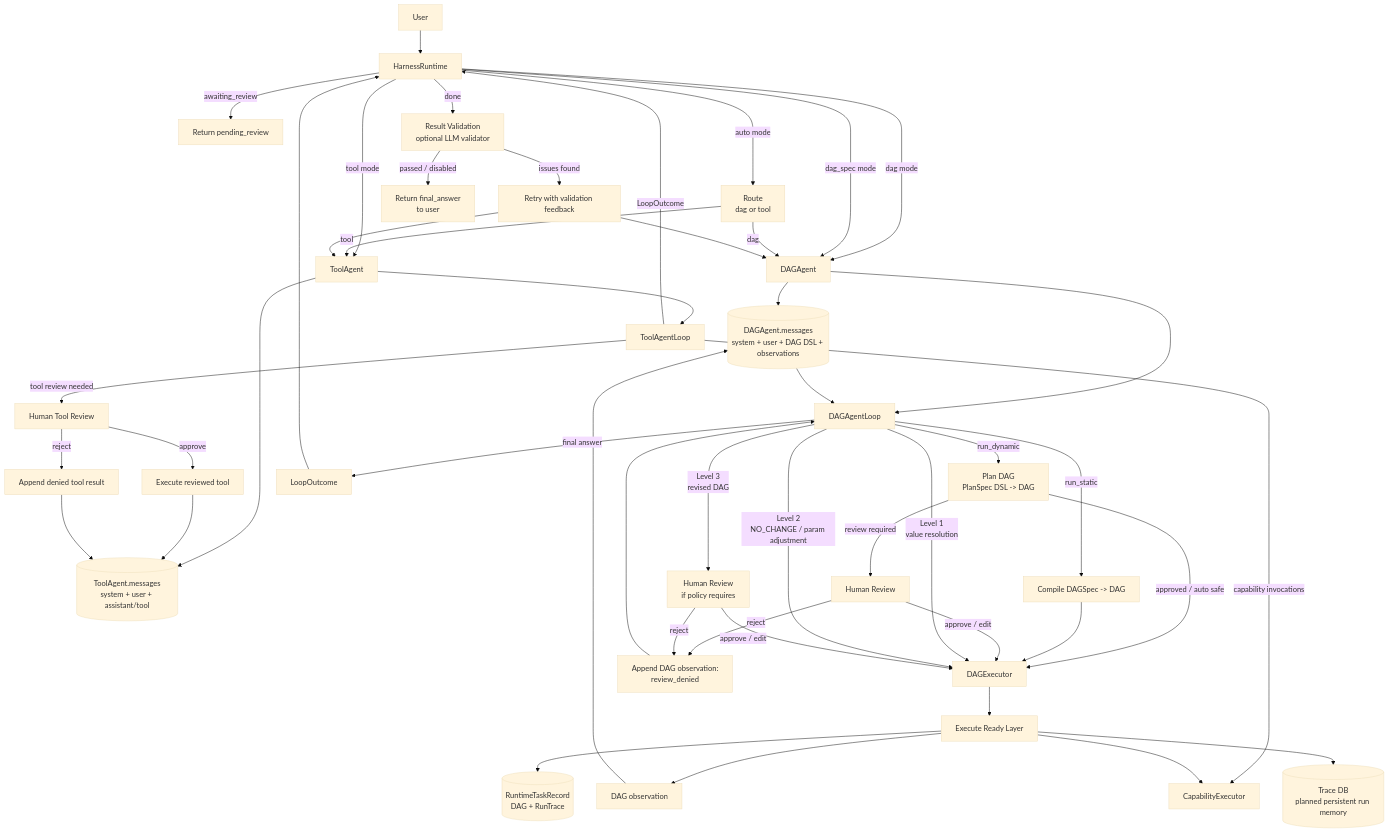
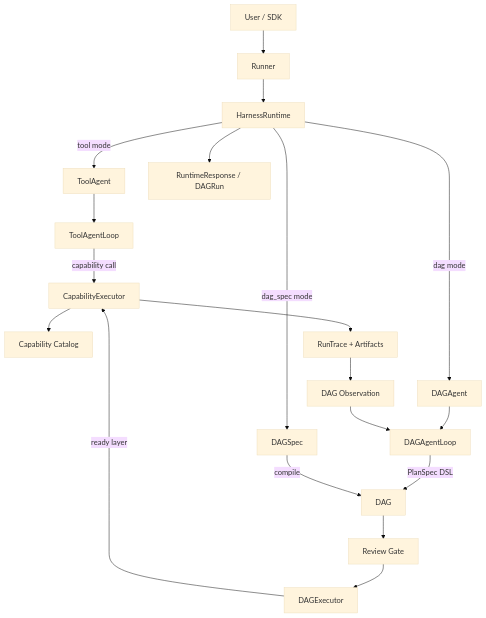
Before and after one commit to RobotSe7en/dagent: the diagram in README.md, drawn with Mermaid (base theme). The commit also changed other lines of this file and 1 other file, not shown here.

Commit message:
Restructure README and Python SDK docs

````diff
--- a/README.md
+++ b/README.md
@@ -65,55 +241,23 @@
 ```mermaid
 flowchart TD
-  U["User"] --> R["HarnessRuntime"]
-  R -->|"auto mode"| ROUTE["Route\ndag or tool"]
-  R -->|"tool mode"| TA["ToolAgent"]
-  R -->|"dag mode"| DA["DAGAgent"]
-  R -->|"dag_spec mode"| DA
+  U["User / SDK"] --> RUN["Runner"]
+  RUN --> HR["HarnessRuntime"]
+  HR -->|"tool mode"| TA["ToolAgent"]
+  HR -->|"dag mode"| DA["DAGAgent"]
+  HR -->|"dag_spec mode"| DS["DAGSpec"]
 
-  ROUTE -->|"tool"| TA
-  ROUTE -->|"dag"| DA
+  TA --> TAL["ToolAgentLoop"]
+  TAL -->|"capability call"| CE["CapabilityExecutor"]
 
-  TA --> TM[("ToolAgent.messages\nsystem + user + assistant/tool")]
-  TA --> TAL["ToolAgentLoop"]
-  TAL -->|"capability invocations"| T["CapabilityExecutor"]
-  TAL -->|"tool review needed"| TRV["Human Tool Review"]
-  TRV -->|"approve"| TEX["Execute reviewed tool"]
-  TRV -->|"reject"| TDENY["Append denied tool result"]
-  TEX --> TM
-  TDENY --> TM
-  TAL -->|"LoopOutcome"| R
-
-  DA --> DM[("DAGAgent.messages\nsystem + user + DAG DSL + observations")]
   DA --> DAL["DAGAgentLoop"]
-  DAL -->|"run_dynamic"| D["Plan DAG\nPlanSpec DSL -> DAG"]
-  DAL -->|"run_static"| SD["Compile DAGSpec -> DAG"]
-
-  D -->|"review required"| UI["Human Review"]
-  D -->|"approved / auto safe"| E["DAGExecutor"]
-  SD --> E
-  UI -->|"approve / edit"| E
-  UI -->|"reject"| DENY["Append DAG observation:\nreview_denied"]
-  DENY --> DAL
-
-  E --> N["Execute Ready Layer"]
-  N --> T
-  N --> ER[("RuntimeTaskRecord\nDAG + RunTrace")]
-  N --> TR[("Trace DB\nplanned persistent run memory")]
-  N --> OBS["DAG observation"]
-  OBS --> DM
-  DM --> DAL
-  DAL -->|"Level 1\nvalue resolution"| E
-  DAL -->|"Level 2\nNO_CHANGE / param adjustment"| E
-  DAL -->|"Level 3\nrevised DAG"| UI2["Human Review\nif policy requires"]
-  UI2 -->|"approve / edit"| E
-  UI2 -->|"reject"| DENY
-  DAL -->|"final answer"| DR["LoopOutcome"]
-  DR --> R
-
-  R -->|"awaiting_review"| UIWAIT["Return pending_review"]
-  R -->|"done"| V["Result Validation\noptional LLM validator"]
-  V -->|"issues found"| RTRY["Retry with validation feedback"]
-  RTRY --> TA
-  RTRY --> DA
-  V -->|"passed / disabled"| O["Return final_answer\nto user"]
+  DAL -->|"PlanSpec DSL"| DAG["DAG"]
+  DS -->|"compile"| DAG
+  DAG --> RG["Review Gate"]
+  RG --> DE["DAGExecutor"]
+  DE -->|"ready layer"| CE
+  CE --> CAT["Capability Catalog"]
+  CE --> RT["RunTrace + Artifacts"]
+  RT --> OBS["DAG Observation"]
+  OBS --> DAL
+  HR --> RR["RuntimeResponse / DAGRun"]
 ```
````
